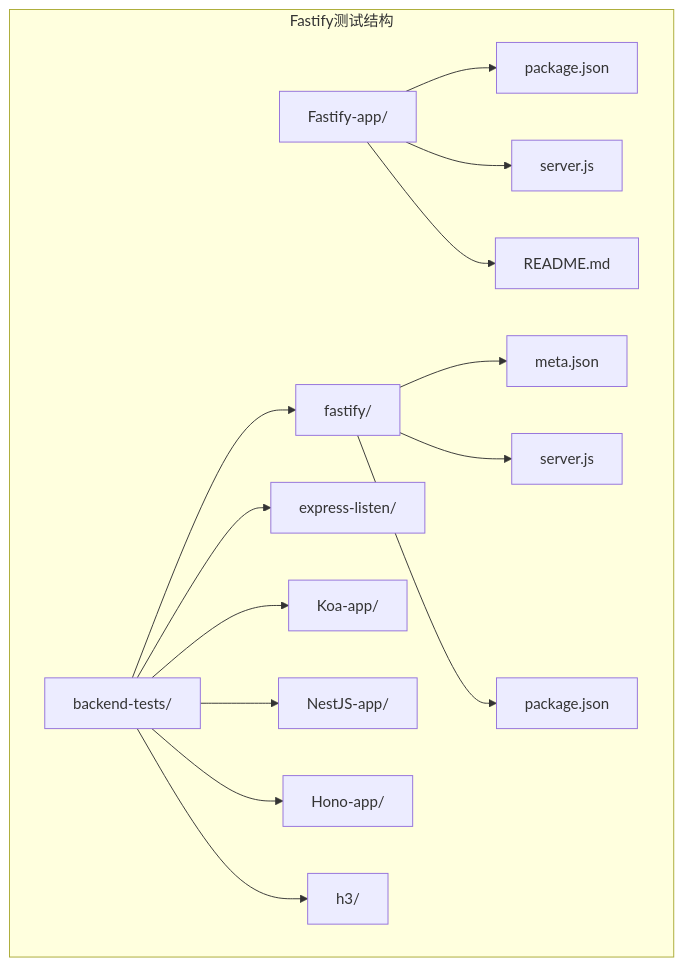
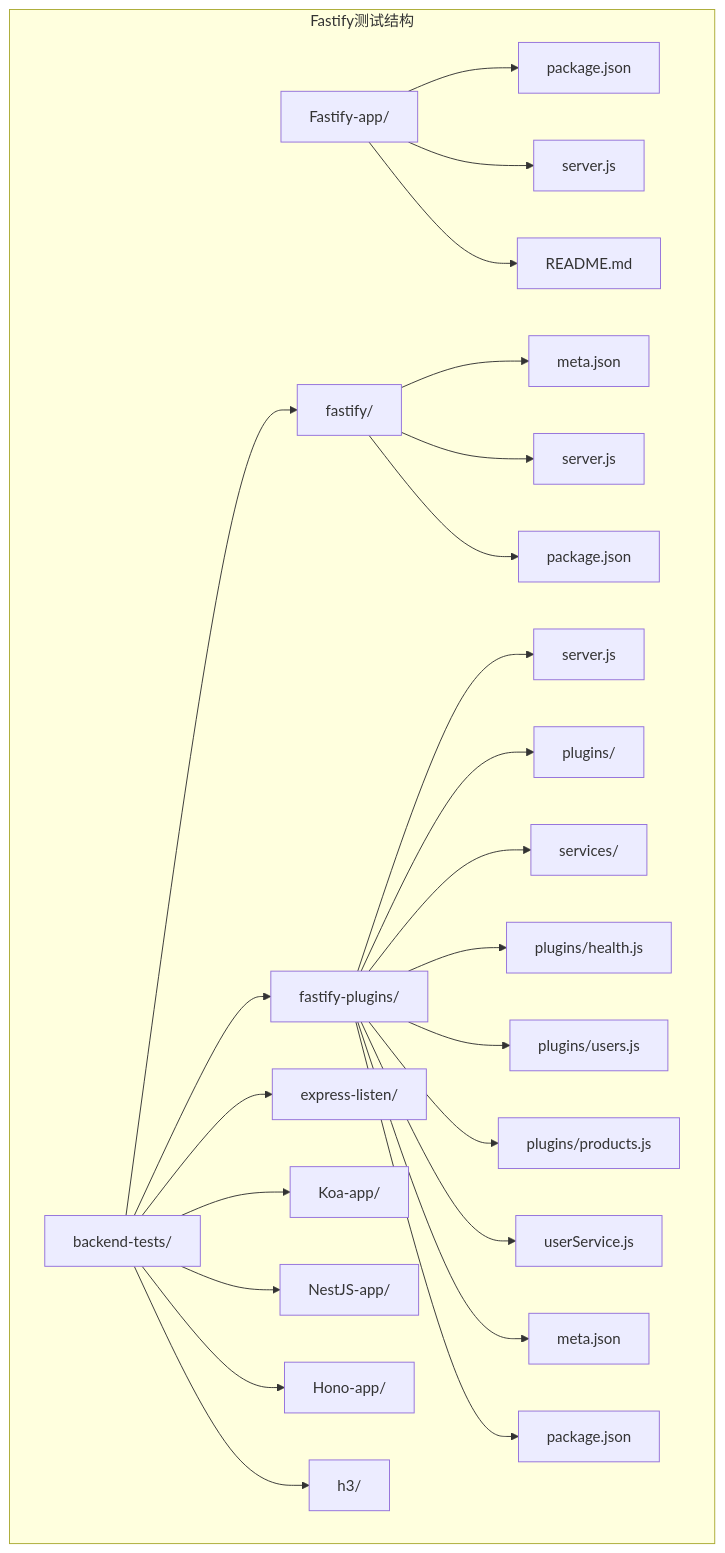
Before and after one commit to esa-sp/test-for-aone-ci: the first of 14 diagrams in .qoder/repowiki/zh/content/后端框架测试/Fastify高性能框架测试.md, drawn with Mermaid. The commit also changed other lines of this file and 119 other files, not shown here.

````diff
--- a/.qoder/repowiki/zh/content/后端框架测试/Fastify高性能框架测试.md
+++ b/.qoder/repowiki/zh/content/后端框架测试/Fastify高性能框架测试.md
@@ -47,17 +56,27 @@
 ```mermaid
 graph TB
 subgraph "Fastify测试结构"
 FA[Fastify-app/] --> FAPkg[package.json]
 FA --> FAServer[server.js]
 FA --> FAReadme[README.md]
 BT[backend-tests/] --> FB[fastify/]
 FB --> FBMeta[meta.json]
 FB --> FBServer[server.js]
 FB --> FBPackage[package.json]
+BT --> FP[fastify-plugins/]
+FP --> FPServer[server.js]
+FP --> FPPlugins[plugins/]
+FP --> FPService[services/]
+FP --> FPPluginsHealth[plugins/health.js]
+FP --> FPPluginsUsers[plugins/users.js]
+FP --> FPPluginsProducts[plugins/products.js]
+FP --> FPServiceUser[userService.js]
+FP --> FPMeta[meta.json]
+FP --> FPPackage[package.json]
 BT --> EX[express-listen/]
 BT --> KO[Koa-app/]
 BT --> NE[NestJS-app/]
 BT --> HO[Hono-app/]
 BT --> H3[h3/]
 end
 ```
````
